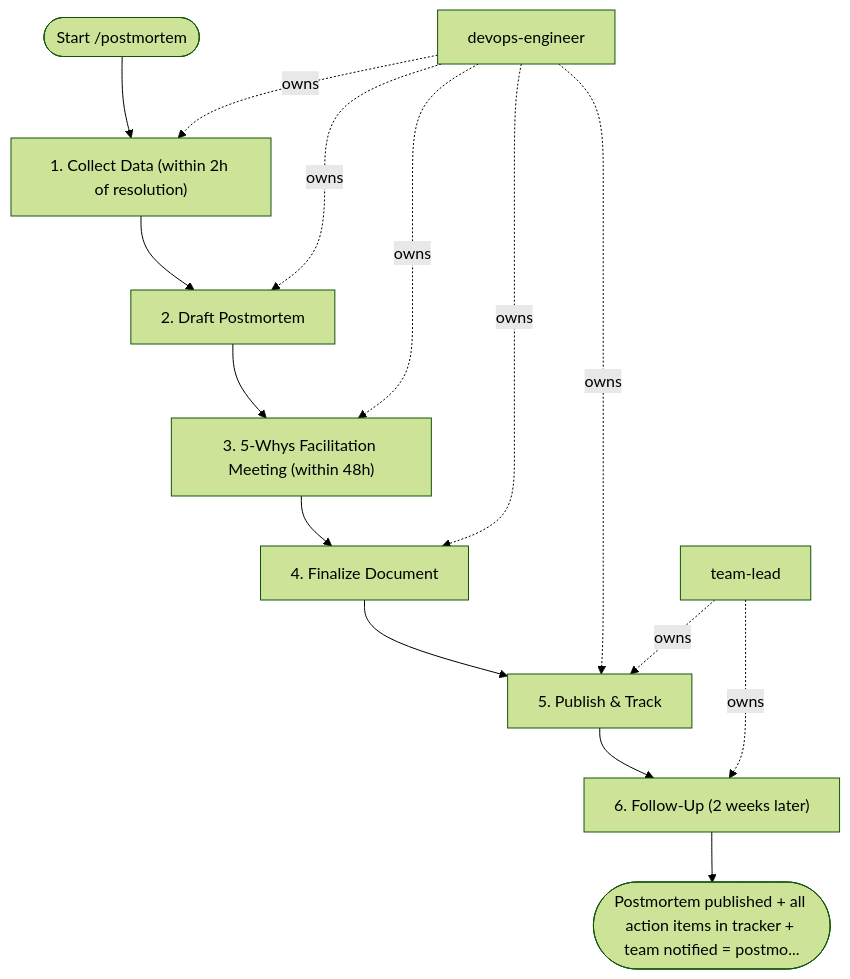
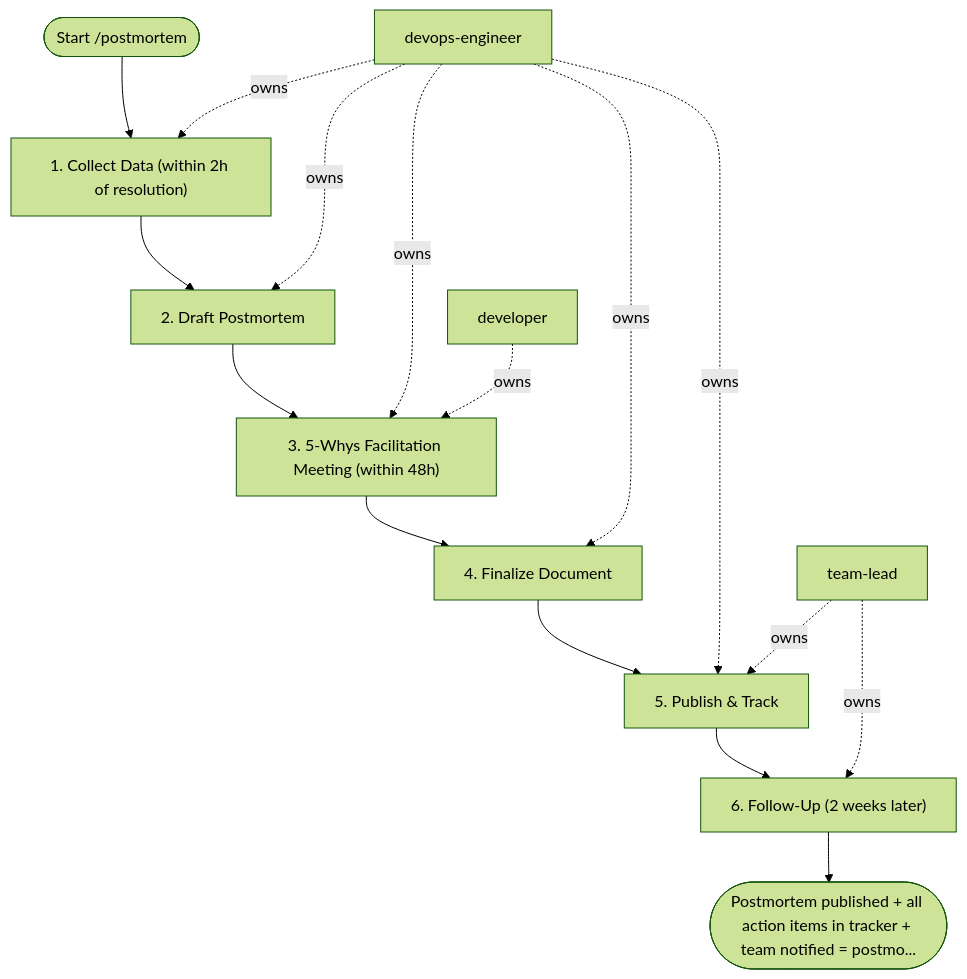
One commit to sawrus/agent-guides changed the diagram in areas/devops/sre/workflows/postmortem.md. Above: the diagram before and after it, drawn with Mermaid (forest theme). The commit also changed other lines of this file and 88 other files, not shown here.

````diff
--- a/areas/devops/sre/workflows/postmortem.md
+++ b/areas/devops/sre/workflows/postmortem.md
@@ -92,27 +104,29 @@
 ```mermaid
 flowchart TD
   start(["Start /postmortem"])
   role_1["devops-engineer"]
-  role_2["team-lead"]
+  role_2["developer"]
+  role_3["team-lead"]
   step_1["1. Collect Data (within 2h of resolution)"]
   step_2["2. Draft Postmortem"]
   step_3["3. 5-Whys Facilitation Meeting (within 48h)"]
   step_4["4. Finalize Document"]
   step_5["5. Publish & Track"]
   step_6["6. Follow-Up (2 weeks later)"]
   exit(["Postmortem published + all action items in tracker + team notified = postmo..."])
   start --> step_1
   step_1 --> step_2
   step_2 --> step_3
   step_3 --> step_4
   step_4 --> step_5
   step_5 --> step_6
   step_6 --> exit
   role_1 -. owns .-> step_1
   role_1 -. owns .-> step_2
   role_1 -. owns .-> step_3
+  role_2 -. owns .-> step_3
   role_1 -. owns .-> step_4
   role_1 -. owns .-> step_5
-  role_2 -. owns .-> step_5
-  role_2 -. owns .-> step_6
+  role_3 -. owns .-> step_5
+  role_3 -. owns .-> step_6
 ```
````
